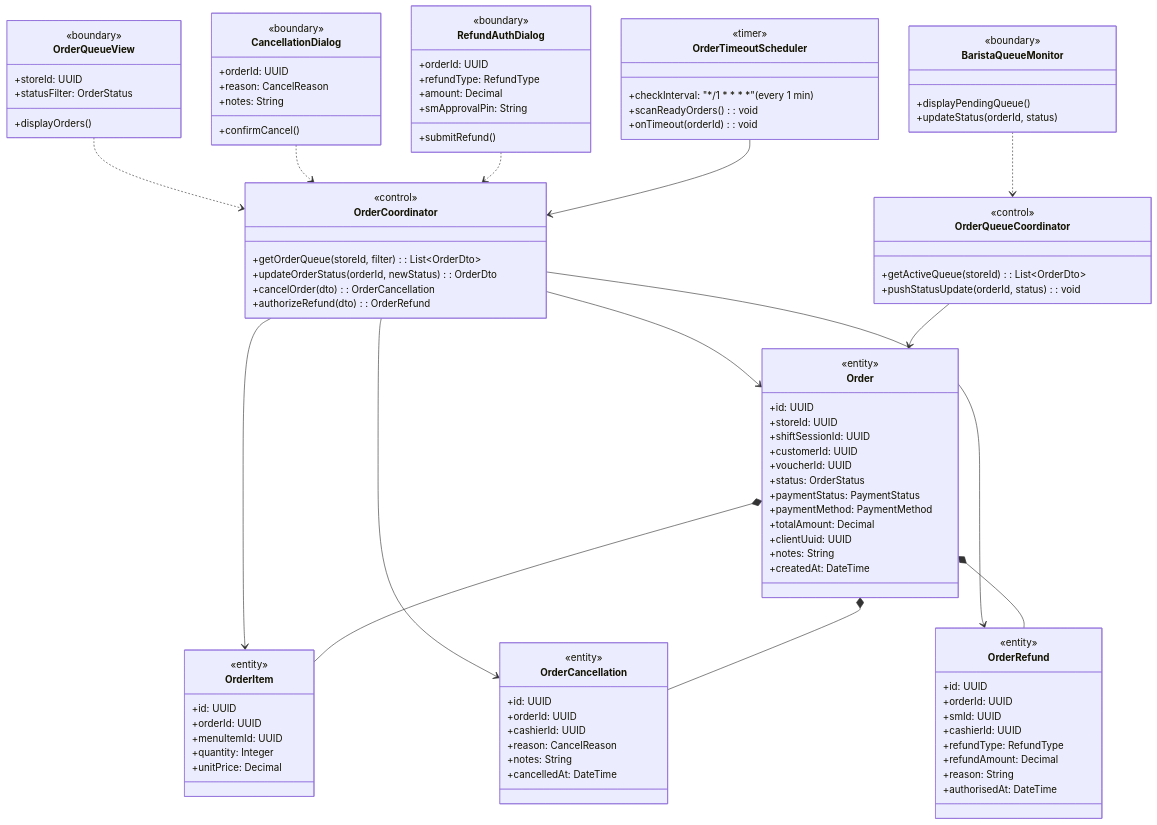
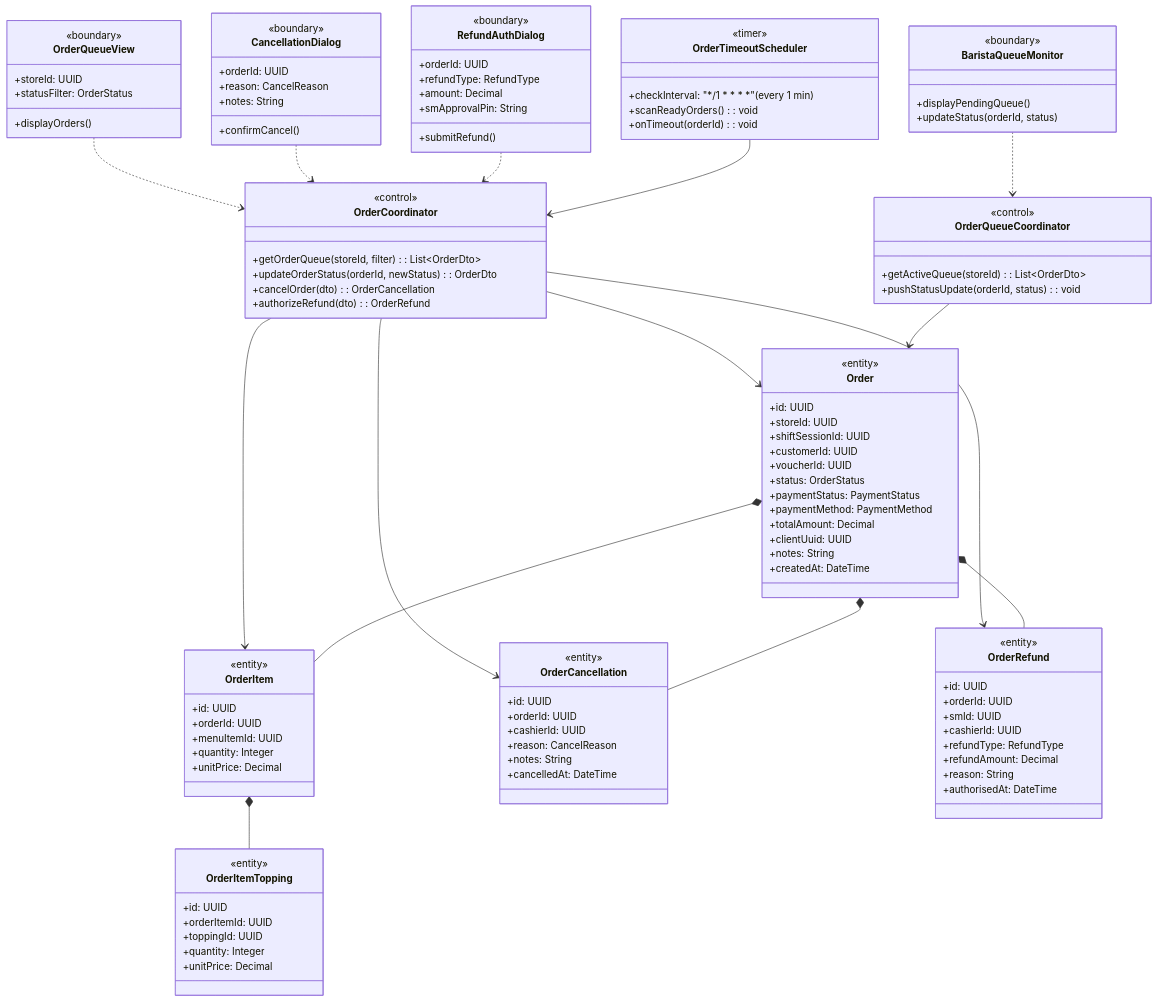
Before and after one commit to Shaichi/Khoga_coffe_shop: the first of 5 diagrams in rds_sections/11_detailed_3_8_order_management.md, drawn with Mermaid. The commit also changed other lines of this file and 3 other files, not shown here.

Commit message:
docs: fix class diagram gaps — add OrderItemTopping (3.8), ShiftSession (3.10), SystemConfig (3.7)

````diff
--- a/rds_sections/11_detailed_3_8_order_management.md
+++ b/rds_sections/11_detailed_3_8_order_management.md
@@ -75,6 +75,14 @@
         +quantity: Integer
         +unitPrice: Decimal
     }
+    class OrderItemTopping {
+        <<entity>>
+        +id: UUID
+        +orderItemId: UUID
+        +toppingId: UUID
+        +quantity: Integer
+        +unitPrice: Decimal
+    }
     class OrderCancellation {
         <<entity>>
         +id: UUID
@@ -109,4 +117,5 @@
     Order *-- OrderItem
     Order *-- OrderCancellation
     Order *-- OrderRefund
+    OrderItem *-- OrderItemTopping
 ```
````
